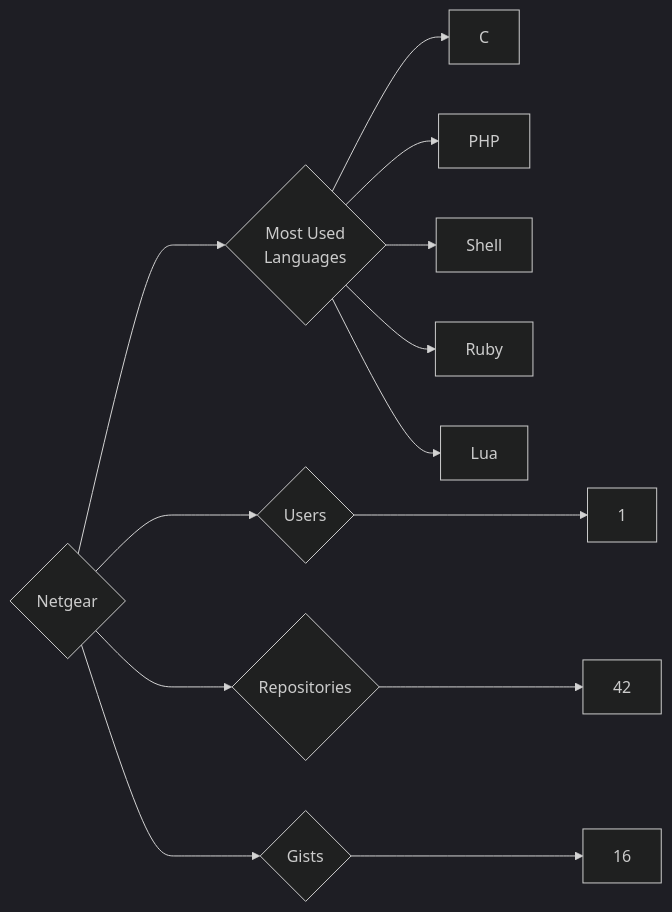
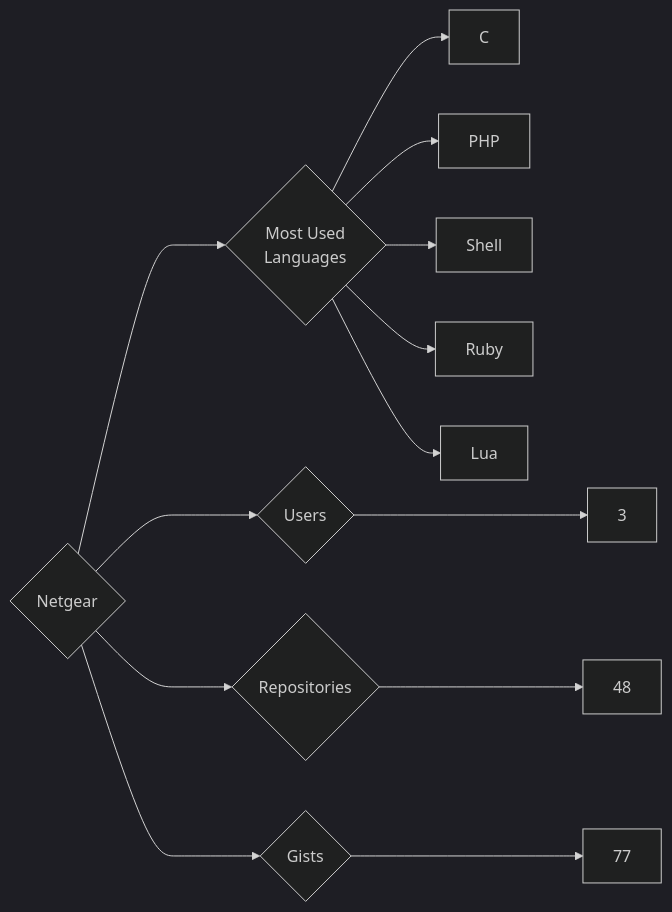
Before and after one commit to trickest/insiders: the diagram in targets/Netgear/README.md, drawn with Mermaid (dark theme). The commit also changed 787 other files, not shown here.

````diff
--- a/targets/Netgear/README.md
+++ b/targets/Netgear/README.md
@@ -3,13 +3,13 @@
 ```mermaid
 graph LR
 COMPANY_NAME{Netgear}
-COMPANY_NAME ---> U{Users} ---> UN[1]
-COMPANY_NAME ---> R{Repositories} ---> RN[42]
-COMPANY_NAME ---> G{Gists} ---> GN[16]
+COMPANY_NAME ---> U{Users} ---> UN[3]
+COMPANY_NAME ---> R{Repositories} ---> RN[48]
+COMPANY_NAME ---> G{Gists} ---> GN[77]
 COMPANY_NAME ---> ML{Most Used<br>Languages}
 ML --> C[C]
 ML --> PHP[PHP]
 ML --> Shell[Shell]
 ML --> Ruby[Ruby]
 ML --> Lua[Lua]
 ```
````
